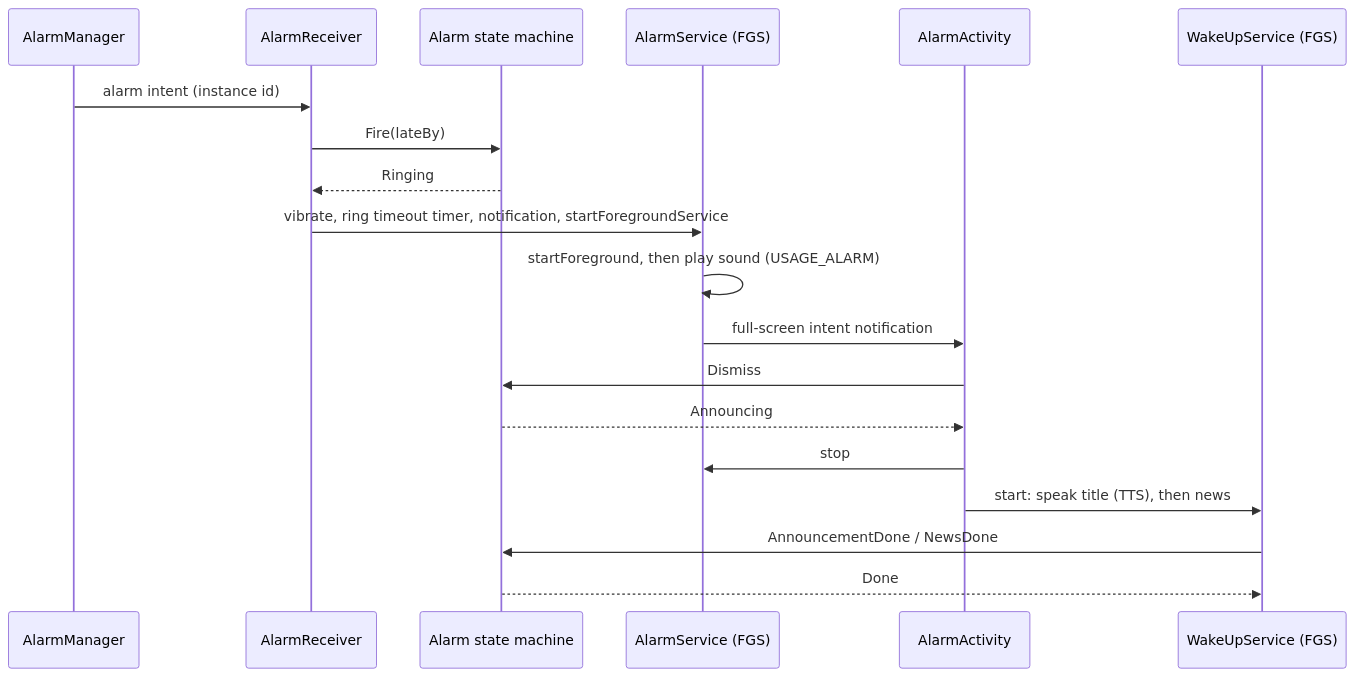
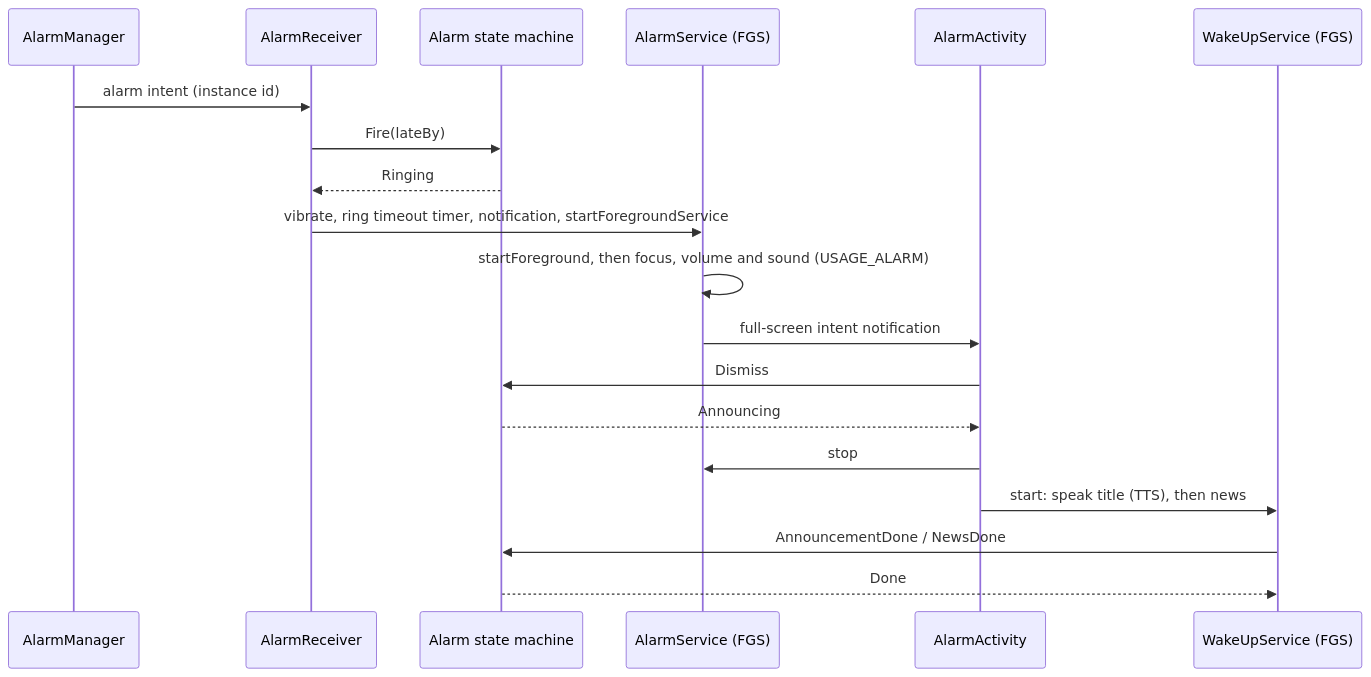
One commit to drehtuer/NextAlarmApp changed the third of 7 diagrams in docs/architecture.md. Above: the diagram before and after it, drawn with Mermaid. The commit also changed other lines of this file and 21 other files, not shown here.

````diff
--- a/docs/architecture.md
+++ b/docs/architecture.md
@@ -222,21 +222,21 @@
 ```mermaid
 sequenceDiagram
     participant AM as AlarmManager
     participant R as AlarmReceiver
     participant SM as Alarm state machine
     participant S as AlarmService (FGS)
     participant A as AlarmActivity
     participant W as WakeUpService (FGS)
     AM->>R: alarm intent (instance id)
     R->>SM: Fire(lateBy)
     SM-->>R: Ringing
     R->>S: vibrate, ring timeout timer, notification, startForegroundService
-    S->>S: startForeground, then play sound (USAGE_ALARM)
+    S->>S: startForeground, then focus, volume and sound (USAGE_ALARM)
     S->>A: full-screen intent notification
     A->>SM: Dismiss
     SM-->>A: Announcing
     A->>S: stop
     A->>W: start: speak title (TTS), then news
     W->>SM: AnnouncementDone / NewsDone
     SM-->>W: Done
 ```
````
